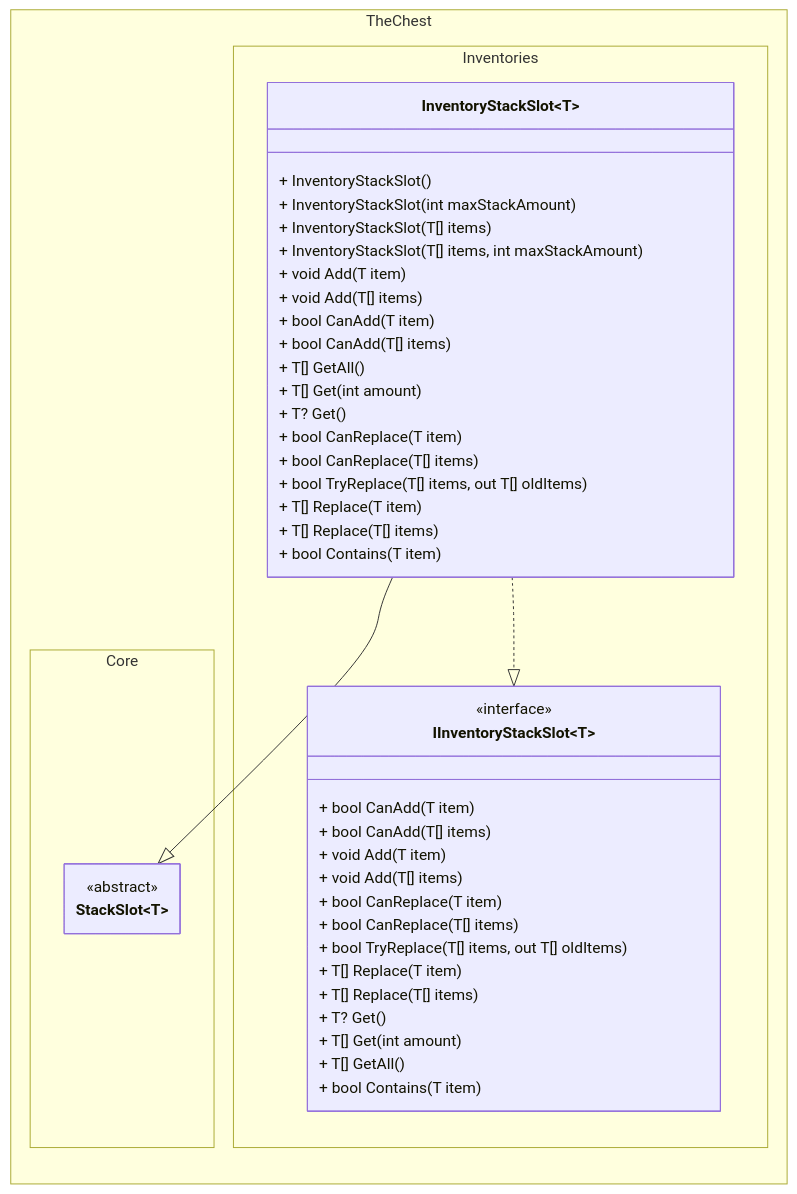
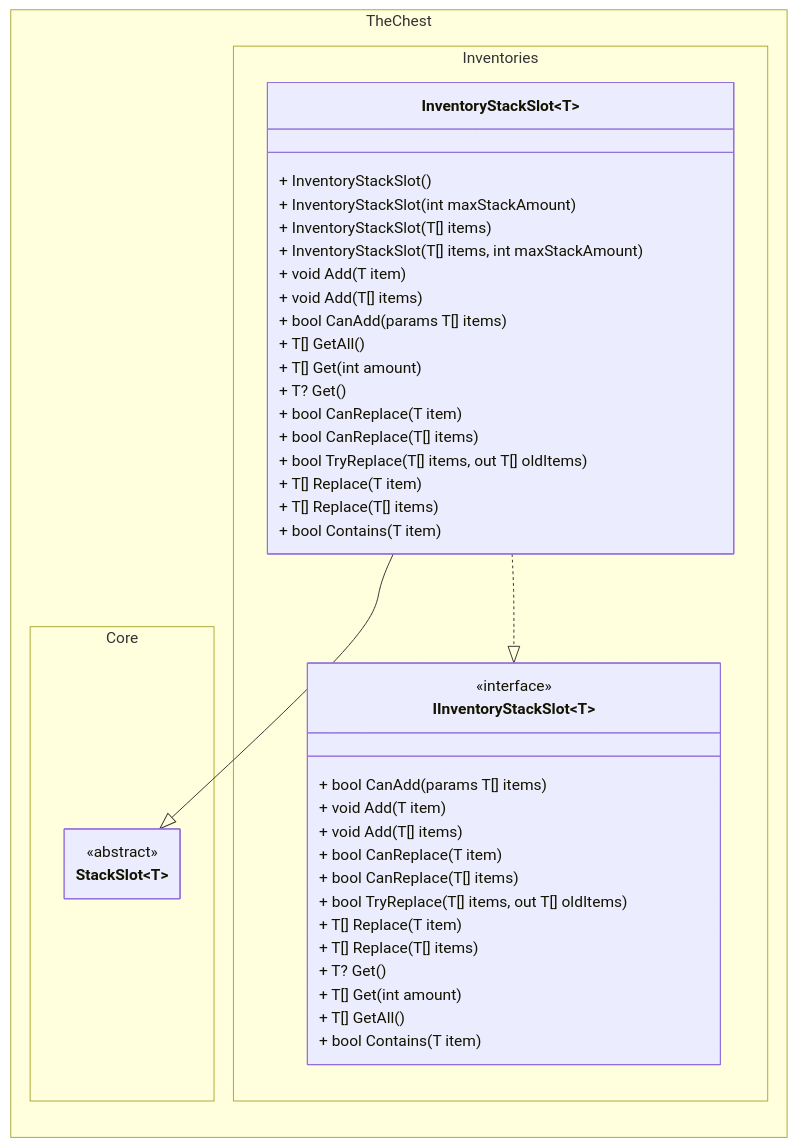
The second of 2 diagrams in docs/stack_inventory/class_diagram.md (The-Chest/TheChest.Inventories), drawn with Mermaid before and after one commit. The commit also changed other lines of this file and 4 other files, not shown here.

Commit message:
Removes obsolete single-item CanAdd in InventoryStackSlot

````diff
--- a/docs/stack_inventory/class_diagram.md
+++ b/docs/stack_inventory/class_diagram.md
@@ -138,66 +137,64 @@
 ```mermaid
 ---
 config:
   theme: mc
   look: classic
   class:
     hideEmptyMembersBox: true
 ---
 classDiagram
 direction BT
 
 namespace TheChest.Core {
     class StackSlot~T~ {
     }
 }
 <<abstract>> StackSlot
 
 namespace TheChest.Inventories {
     class IInventoryStackSlot~T~ {
-        + bool CanAdd(T item)
-        + bool CanAdd(T[] items)
+        + bool CanAdd(params T[] items)
         + void Add(T item)
         + void Add(T[] items)
 
         + bool CanReplace(T item)
         + bool CanReplace(T[] items)
         + bool TryReplace(T[] items, out T[] oldItems)
         + T[] Replace(T item)
         + T[] Replace(T[] items)
 
         + T? Get()
         + T[] Get(int amount)
         + T[] GetAll()
 
         + bool Contains(T item)
     }
 
     class InventoryStackSlot~T~ {
         + InventoryStackSlot()
         + InventoryStackSlot(int maxStackAmount)
         + InventoryStackSlot(T[] items)
         + InventoryStackSlot(T[] items, int maxStackAmount)
         
         + void Add(T item)
         + void Add(T[] items)
-        + bool CanAdd(T item)
-        + bool CanAdd(T[] items)
+        + bool CanAdd(params T[] items)
         
         + T[] GetAll()
         + T[] Get(int amount)
         + T? Get()
         
         + bool CanReplace(T item)
         + bool CanReplace(T[] items)
         + bool TryReplace(T[] items, out T[] oldItems)
         + T[] Replace(T item)
         + T[] Replace(T[] items)
         
         + bool Contains(T item)
     }
 }
 
 <<interface>> IInventoryStackSlot
 InventoryStackSlot~T~ --|>  StackSlot~T~
 InventoryStackSlot~T~ ..|> IInventoryStackSlot~T~ 
 ```
````
